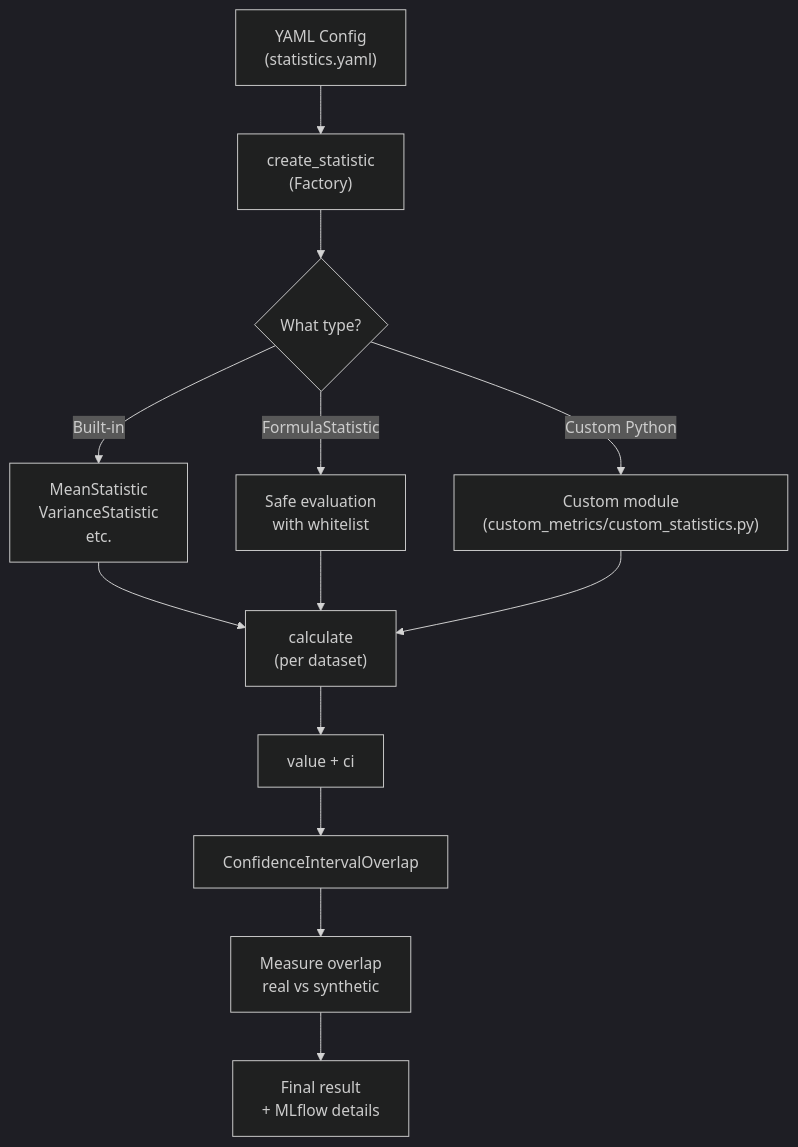
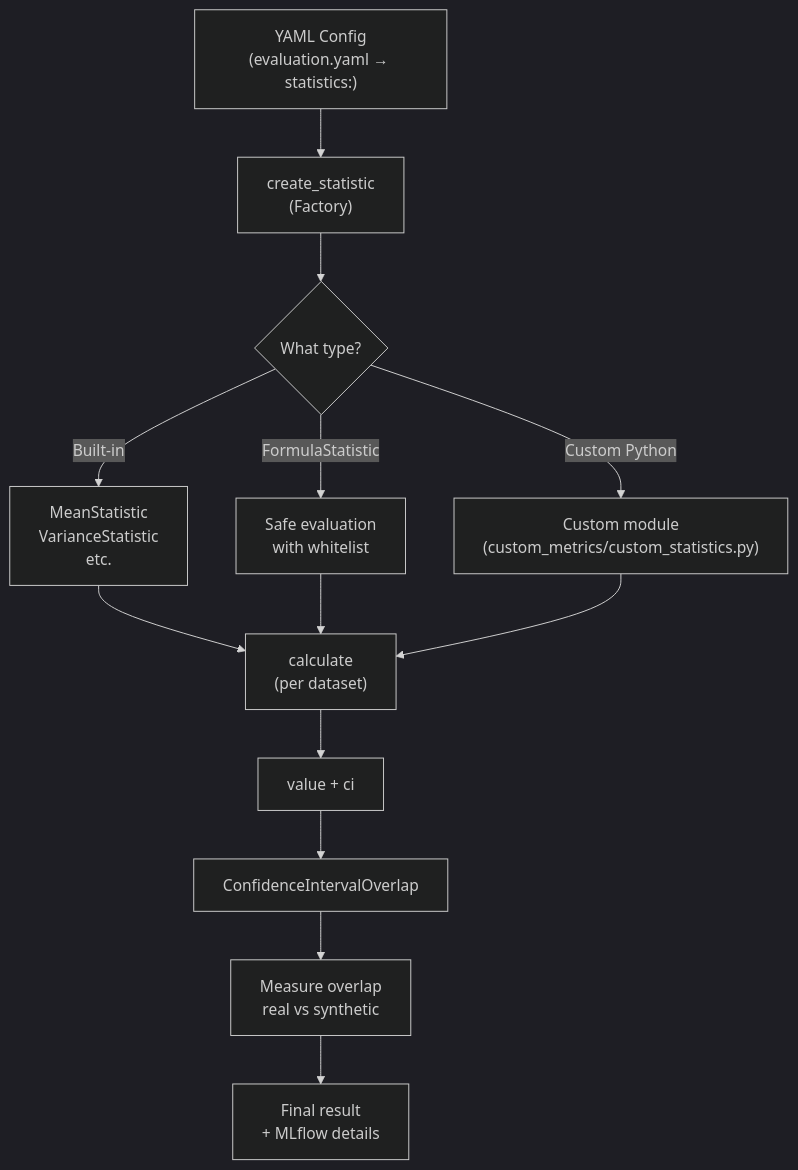
One commit to Espacio-Nacional-de-Datos-de-Salud/Datos-Sinteticos changed the diagram in docs/concepts/confidence_interval_overlap.md. Above: the diagram before and after it, drawn with Mermaid (dark theme). The commit also changed other lines of this file and 464 other files, not shown here.

````diff
--- a/docs/concepts/confidence_interval_overlap.md
+++ b/docs/concepts/confidence_interval_overlap.md
@@ -59,15 +59,15 @@
 ```mermaid
 graph TD
-    A["YAML Config<br/>(statistics.yaml)"] --> B["create_statistic<br/>(Factory)"]
+    A["YAML Config<br/>(evaluation.yaml → statistics:)"] --> B["create_statistic<br/>(Factory)"]
     B --> C{"What type?"}
     C -->|Built-in| D["MeanStatistic<br/>VarianceStatistic<br/>etc."]
     C -->|FormulaStatistic| E["Safe evaluation<br/>with whitelist"]
     C -->|Custom Python| F["Custom module<br/>(custom_metrics/custom_statistics.py)"]
     D --> G["calculate<br/>(per dataset)"]
     E --> G
     F --> G
     G --> H["value + ci"]
     H --> I["ConfidenceIntervalOverlap"]
     I --> J["Measure overlap<br/>real vs synthetic"]
     J --> K["Final result<br/>+ MLflow details"]
 ```
````
